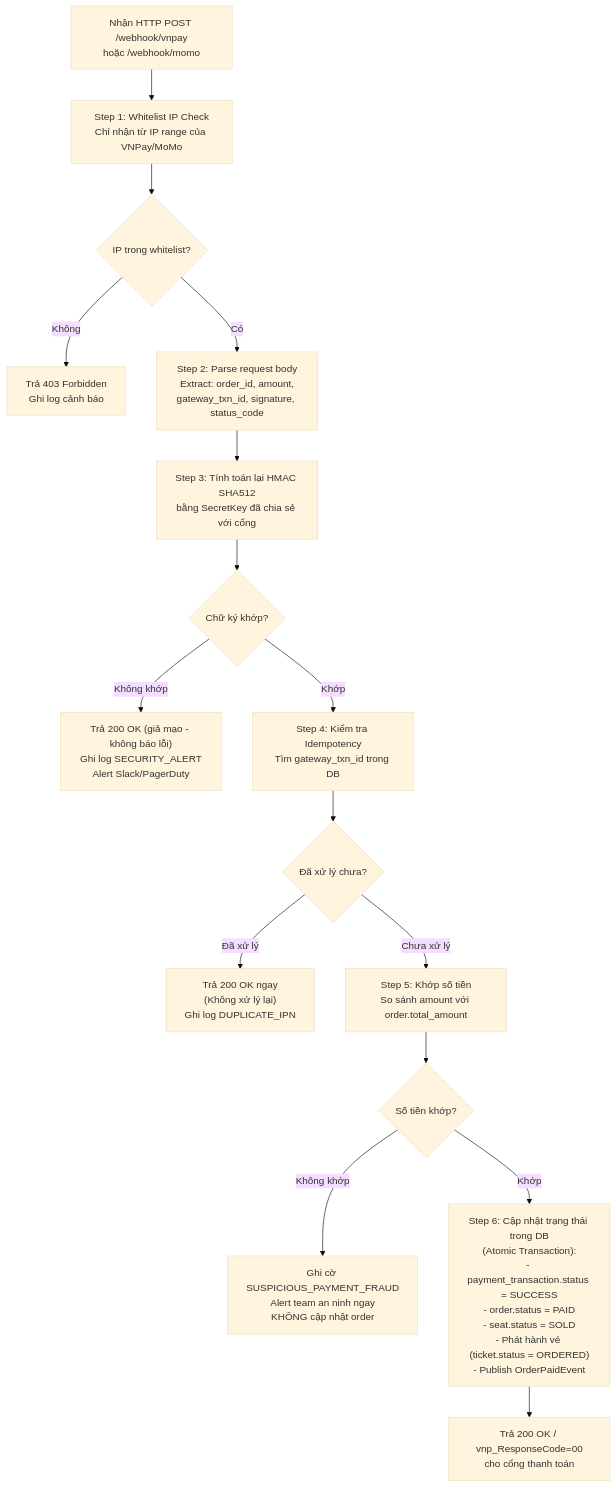
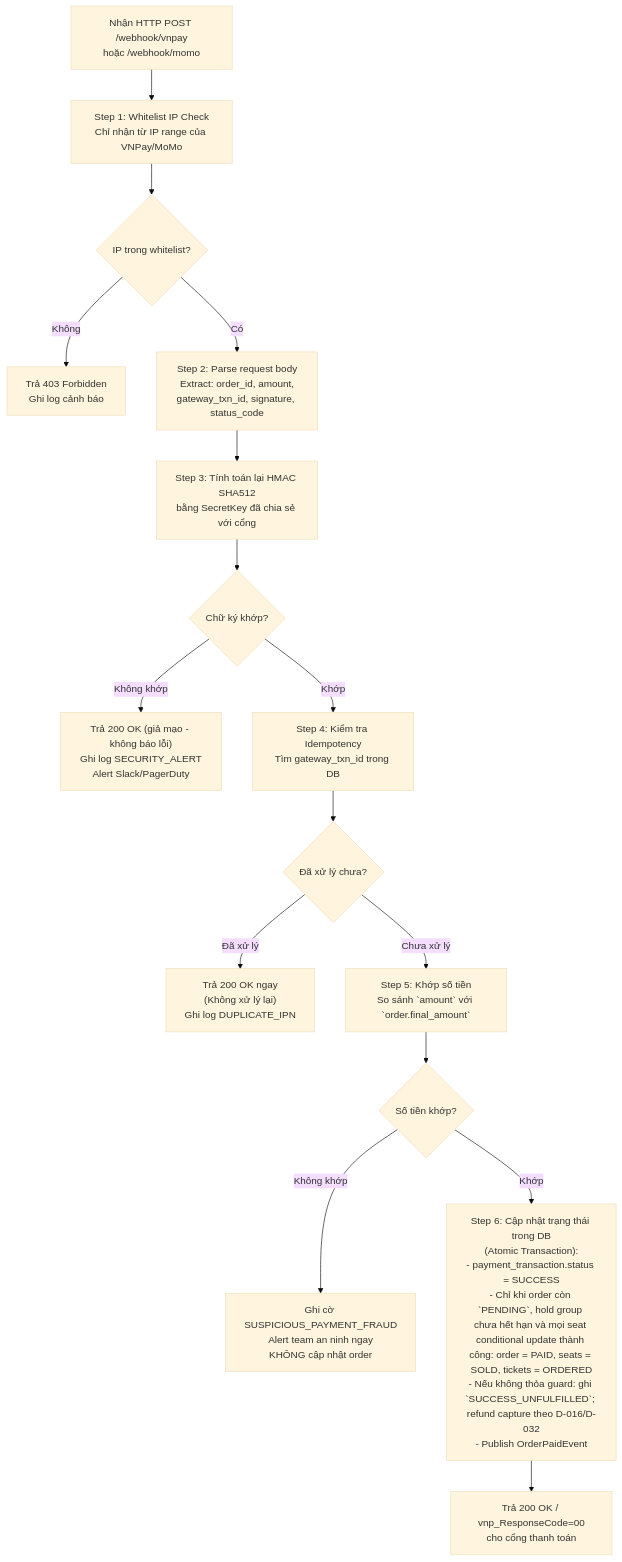
Before and after one commit to toanteng11/concert-ticketing-docs: the third of 4 diagrams in business-analysis/02_State_Machines_And_Workflows/01_State_Machines/SM05_Payment_And_Refund_State.md, drawn with Mermaid (base theme). The commit also changed other lines of this file and 57 other files, not shown here.

````diff
--- a/business-analysis/02_State_Machines_And_Workflows/01_State_Machines/SM05_Payment_And_Refund_State.md
+++ b/business-analysis/02_State_Machines_And_Workflows/01_State_Machines/SM05_Payment_And_Refund_State.md
@@ -110,18 +117,18 @@
 ```mermaid
 flowchart TD
     A["Nhận HTTP POST /webhook/vnpay\nhoặc /webhook/momo"] --> B["Step 1: Whitelist IP Check\nChỉ nhận từ IP range của VNPay/MoMo"]
     B --> C{IP trong whitelist?}
     C -->|Không| REJECT1["Trả 403 Forbidden\nGhi log cảnh báo"]
     C -->|Có| D["Step 2: Parse request body\nExtract: order_id, amount,\ngateway_txn_id, signature, status_code"]
     D --> E["Step 3: Tính toán lại HMAC SHA512\nbằng SecretKey đã chia sẻ với cổng"]
     E --> F{Chữ ký khớp?}
     F -->|Không khớp| REJECT2["Trả 200 OK (giả mạo - không báo lỗi)\nGhi log SECURITY_ALERT\nAlert Slack/PagerDuty"]
     F -->|Khớp| G["Step 4: Kiểm tra Idempotency\nTìm gateway_txn_id trong DB"]
     G --> H{Đã xử lý chưa?}
     H -->|Đã xử lý| IDEM["Trả 200 OK ngay\n(Không xử lý lại)\nGhi log DUPLICATE_IPN"]
-    H -->|Chưa xử lý| I["Step 5: Khớp số tiền\nSo sánh amount với order.total_amount"]
+    H -->|Chưa xử lý| I["Step 5: Khớp số tiền\nSo sánh `amount` với `order.final_amount`"]
     I --> J{Số tiền khớp?}
     J -->|Không khớp| FRAUD["Ghi cờ SUSPICIOUS_PAYMENT_FRAUD\nAlert team an ninh ngay\nKHÔNG cập nhật order"]
-    J -->|Khớp| K["Step 6: Cập nhật trạng thái trong DB\n(Atomic Transaction):\n- payment_transaction.status = SUCCESS\n- order.status = PAID\n- seat.status = SOLD\n- Phát hành vé (ticket.status = ORDERED)\n- Publish OrderPaidEvent"]
+    J -->|Khớp| K["Step 6: Cập nhật trạng thái trong DB\n(Atomic Transaction):\n- payment_transaction.status = SUCCESS\n- Chỉ khi order còn `PENDING`, hold group chưa hết hạn và mọi seat conditional update thành công: order = PAID, seats = SOLD, tickets = ORDERED\n- Nếu không thỏa guard: ghi `SUCCESS_UNFULFILLED`; refund capture theo D-016/D-032\n- Publish OrderPaidEvent"]
     K --> L["Trả 200 OK / vnp_ResponseCode=00\ncho cổng thanh toán"]
 ```
````
